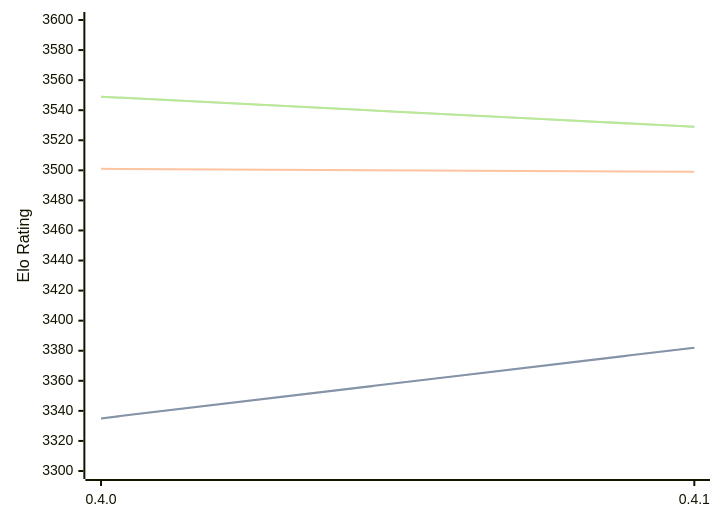
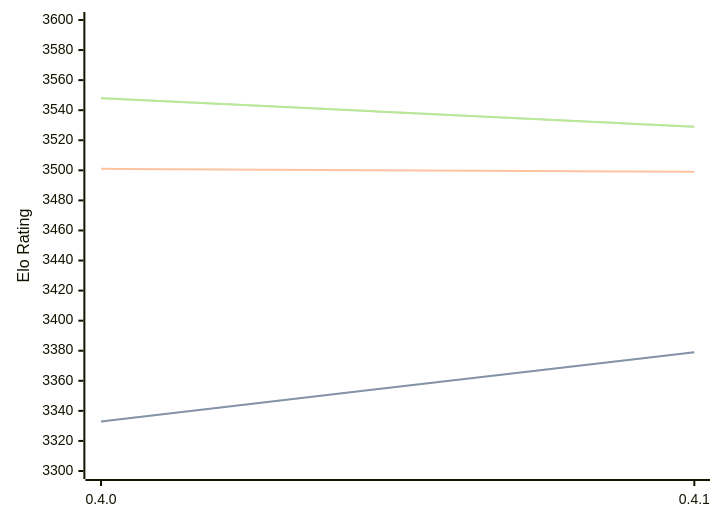
Before and after one commit to computer-chess-index/cci: the diagram in engines/Cinder.md, drawn with Mermaid. The commit also changed other lines of this file, not shown here.

Commit message:
Update CCI Ratings (ELO VLTC) - 2026-03-25

````diff
--- a/engines/Cinder.md
+++ b/engines/Cinder.md
@@ -40,11 +40,11 @@
 ```mermaid
 %%{init: {"theme":"base","themeVariables":{"seriesColors:['#a3a3a3','#222221','#faa371']}}}%%
 xychart-beta
   x-axis ["0.4.0", "0.4.1"]
   y-axis "Elo Rating" 3300 --> 3600
-  line "STC (8.0+0.08s)" [3335, 3382]
-  line "STC (8.0+0.08s)" [3335, 3382]
+  line "STC (8.0+0.08s)" [3333, 3379]
+  line "STC (8.0+0.08s)" [3333, 3379]
   line "LTC (60.0+0.60s)" [3501, 3499]
-  line "VLTC (2m24s+1.12s)" [3549, 3529]
-  line "VLTC (2m24s+1.12s)" [3549, 3529]
+  line "VLTC (2m24s+1.12s)" [3548, 3529]
+  line "VLTC (2m24s+1.12s)" [3548, 3529]
 ```
````
